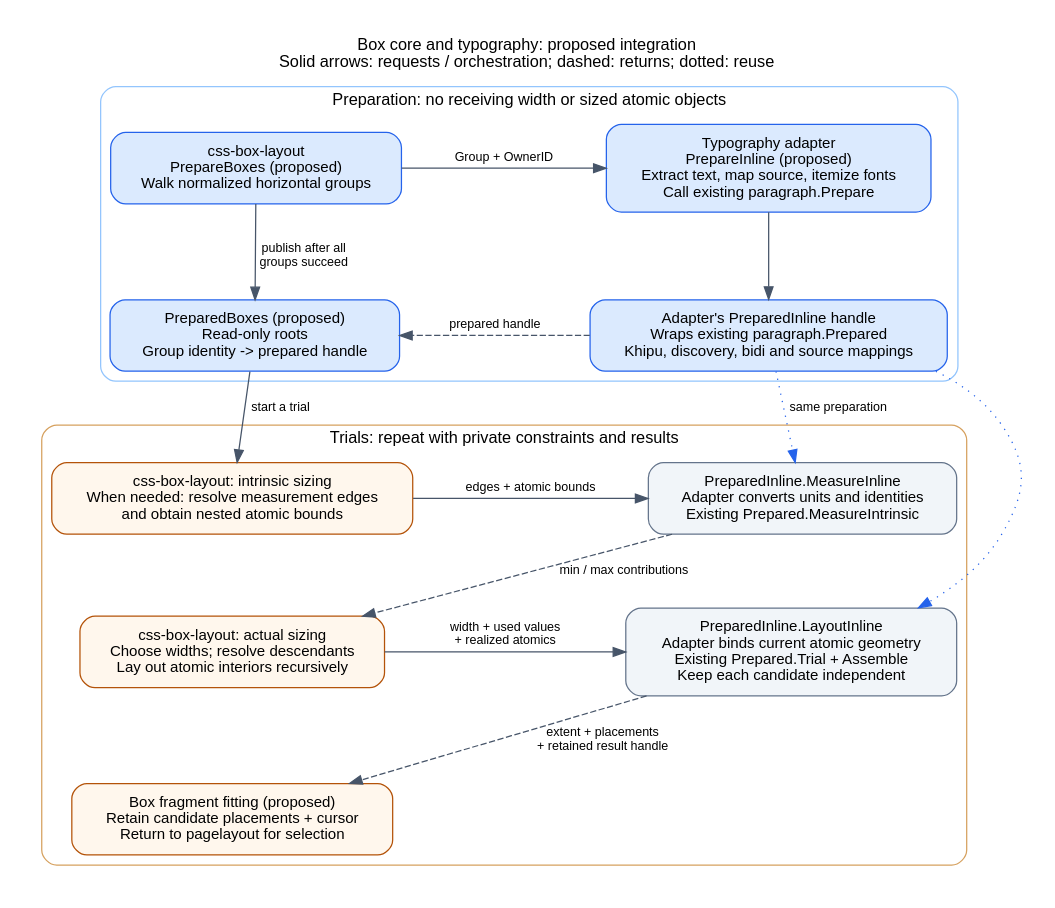
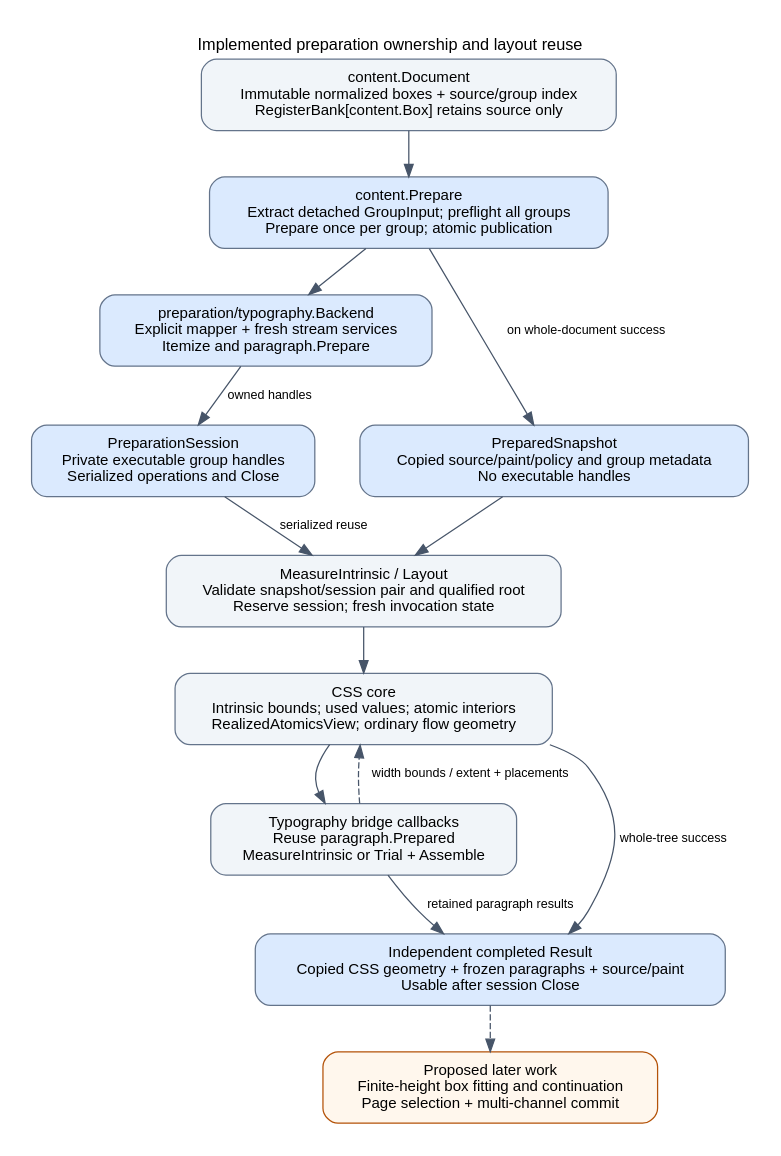
One commit to npillmayer/pagelayout changed the diagram in doc/diagrams/preparation-interactions.dot. Above: the diagram before and after it, drawn with Graphviz. The commit also changed 30 other files, not shown here.

```diff
--- a/doc/diagrams/preparation-interactions.dot
+++ b/doc/diagrams/preparation-interactions.dot
@@ -1,62 +1,29 @@
 digraph PreparationInteractions {
-  graph [rankdir=TB, bgcolor="white", pad=0.25, nodesep=1.0, ranksep=0.65,
+  graph [rankdir=TB, bgcolor="white", pad=0.25, nodesep=0.5, ranksep=0.5,
          fontname="Helvetica", fontsize=13,
-         label="Box core and typography: proposed integration\nSolid arrows: requests / orchestration; dashed: returns; dotted: reuse",
-         labelloc=t];
+         label="Implemented preparation ownership and layout reuse", labelloc=t];
   node [shape=box, style="rounded,filled", fillcolor="#f1f5f9", color="#64748b",
         fontname="Helvetica", fontsize=12, margin="0.18,0.12"];
   edge [color="#475569", fontname="Helvetica", fontsize=10];
-
-  subgraph cluster_preparation {
-    label="Preparation: no receiving width or sized atomic objects";
-    color="#93c5fd";
-    style=rounded;
-
-    core_prepare [group=core, label="css-box-layout\nPrepareBoxes (proposed)\nWalk normalized horizontal groups",
-                  fillcolor="#dbeafe", color="#2563eb"];
-    type_prepare [group=type, label="Typography adapter\nPrepareInline (proposed)\nExtract text, map source, itemize fonts\nCall existing paragraph.Prepare",
-                  fillcolor="#dbeafe", color="#2563eb"];
-    core_ready [group=core, label="PreparedBoxes (proposed)\nRead-only roots\nGroup identity -> prepared handle",
-                fillcolor="#dbeafe", color="#2563eb"];
-    type_ready [group=type, label="Adapter's PreparedInline handle\nWraps existing paragraph.Prepared\nKhipu, discovery, bidi and source mappings",
-                fillcolor="#dbeafe", color="#2563eb"];
-
-    { rank=same; core_prepare; type_prepare; }
-    { rank=same; core_ready; type_ready; }
-    core_prepare -> type_prepare [label="Group + OwnerID"];
-    type_prepare -> type_ready;
-    type_ready -> core_ready [label="prepared handle", style=dashed, constraint=false];
-    core_prepare -> core_ready [label="publish after all\ngroups succeed"];
-    core_ready -> type_ready [style=invis];
-  }
-
-  subgraph cluster_trials {
-    label="Trials: repeat with private constraints and results";
-    color="#d6a15f";
-    style=rounded;
-
-    core_measure [group=core, label="css-box-layout: intrinsic sizing\nWhen needed: resolve measurement edges\nand obtain nested atomic bounds",
-                  fillcolor="#fff7ed", color="#b45309"];
-    type_measure [group=type, label="PreparedInline.MeasureInline\nAdapter converts units and identities\nExisting Prepared.MeasureIntrinsic"];
-    core_layout [group=core, label="css-box-layout: actual sizing\nChoose widths; resolve descendants\nLay out atomic interiors recursively",
-                 fillcolor="#fff7ed", color="#b45309"];
-    type_layout [group=type, label="PreparedInline.LayoutInline\nAdapter binds current atomic geometry\nExisting Prepared.Trial + Assemble\nKeep each candidate independent"];
-    core_fit [group=core, label="Box fragment fitting (proposed)\nRetain candidate placements + cursor\nReturn to pagelayout for selection",
-              fillcolor="#fff7ed", color="#b45309"];
-
-    { rank=same; core_measure; type_measure; }
-    { rank=same; core_layout; type_layout; }
-
-    core_measure -> type_measure [label="edges + atomic bounds"];
-    type_measure -> core_layout [label="min / max contributions", style=dashed];
-    core_measure -> core_layout [style=invis];
-    core_layout -> type_layout [label="width + used values\n+ realized atomics"];
-    type_layout -> core_fit [label="extent + placements\n+ retained result handle", style=dashed];
-    core_layout -> core_fit [style=invis];
-    type_measure -> type_layout [style=invis];
-  }
-
-  core_ready -> core_measure [label="start a trial"];
-  type_ready -> type_measure [label="same preparation", style=dotted, color="#2563eb"];
-  type_ready -> type_layout [style=dotted, color="#2563eb", constraint=false];
+  doc [label="content.Document\nImmutable normalized boxes + source/group index\nRegisterBank[content.Box] retains source only"];
+  prepare [label="content.Prepare\nExtract detached GroupInput; preflight all groups\nPrepare once per group; atomic publication", fillcolor="#dbeafe"];
+  backend [label="preparation/typography.Backend\nExplicit mapper + fresh stream services\nItemize and paragraph.Prepare", fillcolor="#dbeafe"];
+  snapshot [label="PreparedSnapshot\nCopied source/paint/policy and group metadata\nNo executable handles", fillcolor="#dbeafe"];
+  session [label="PreparationSession\nPrivate executable group handles\nSerialized operations and Close", fillcolor="#dbeafe"];
+  invoke [label="MeasureIntrinsic / Layout\nValidate snapshot/session pair and qualified root\nReserve session; fresh invocation state"];
+  core [label="CSS core\nIntrinsic bounds; used values; atomic interiors\nRealizedAtomicsView; ordinary flow geometry"];
+  bridge [label="Typography bridge callbacks\nReuse paragraph.Prepared\nMeasureIntrinsic or Trial + Assemble"];
+  result [label="Independent completed Result\nCopied CSS geometry + frozen paragraphs + source/paint\nUsable after session Close", fillcolor="#dbeafe"];
+  fit [label="Proposed later work\nFinite-height box fitting and continuation\nPage selection + multi-channel commit", fillcolor="#fff7ed", color="#b45309"];
+  doc -> prepare -> backend;
+  prepare -> snapshot [label="on whole-document success"];
+  backend -> session [label="owned handles"];
+  snapshot -> invoke;
+  session -> invoke [label="serialized reuse"];
+  invoke -> core -> bridge;
+  bridge -> core [label="width bounds / extent + placements", style=dashed];
+  core -> result [label="whole-tree success"];
+  bridge -> result [label="retained paragraph results"];
+  result -> fit [style=dashed];
+  { rank=same; snapshot; session; }
 }
```
